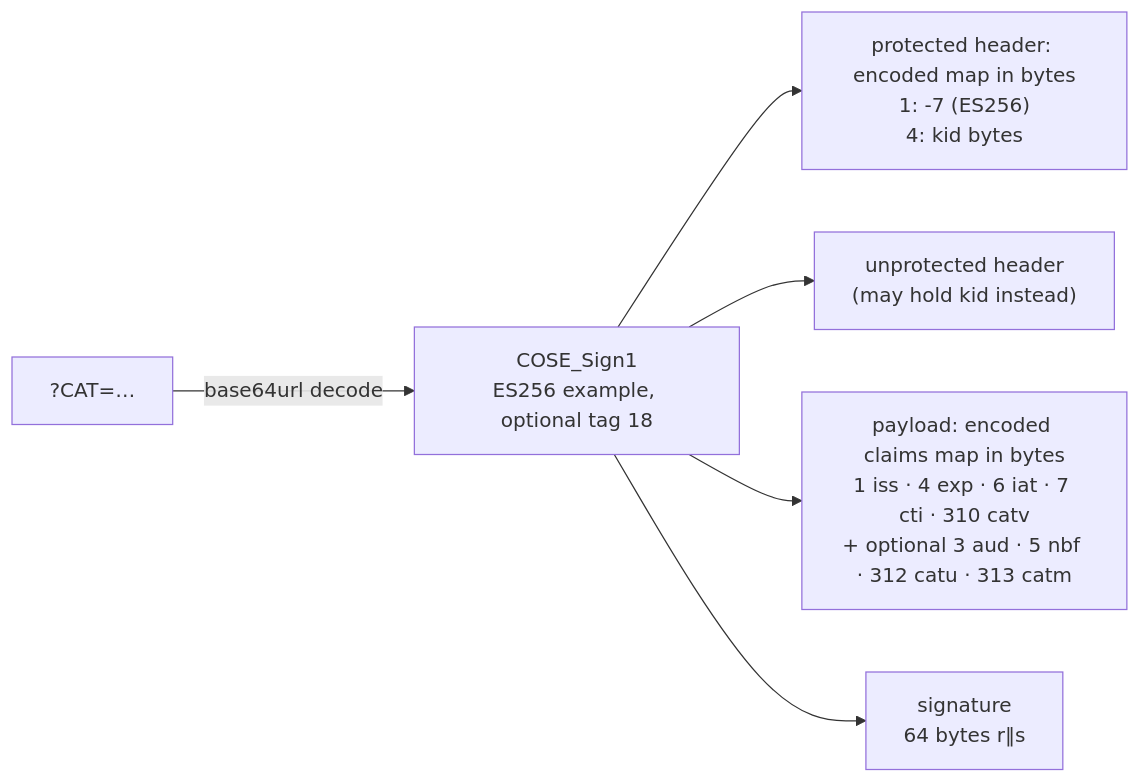
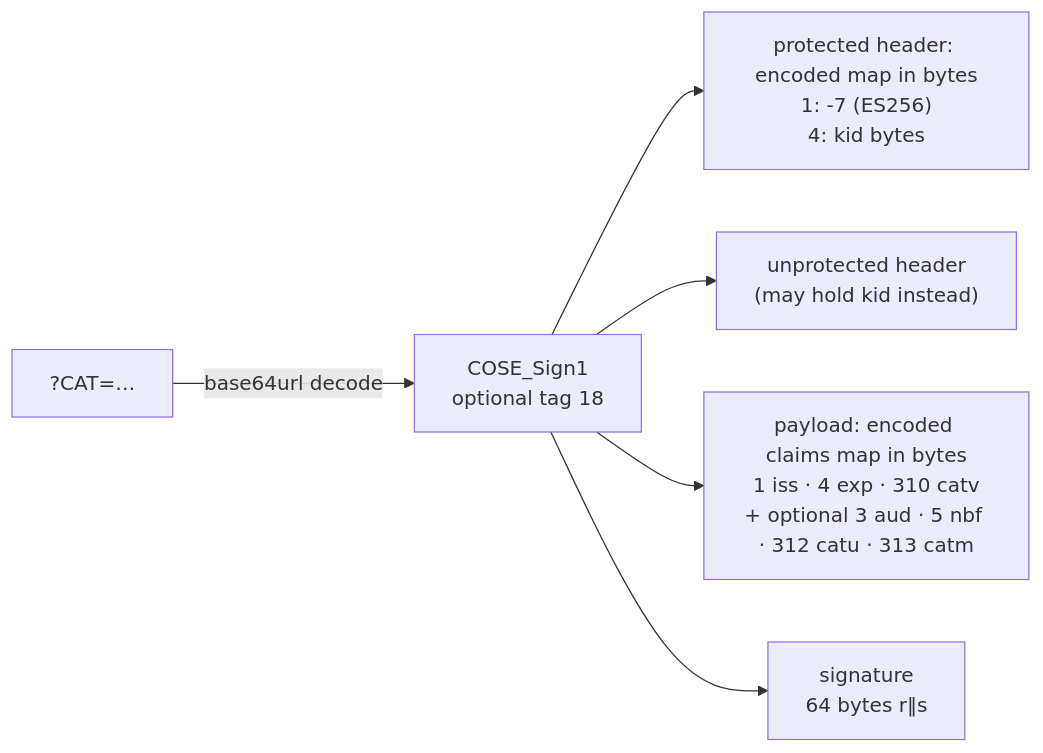
Before and after one commit to tomrossi7/podcast-app-attribution: the second of 2 diagrams in SPEC.md, drawn with Mermaid. The commit also changed other lines of this file and 16 other files, not shown here.

````diff
--- a/SPEC.md
+++ b/SPEC.md
@@ -67,8 +67,8 @@
 ```mermaid
 flowchart LR
-    Q["?CAT=…"] -->|base64url decode| S["COSE_Sign1<br/>ES256 example, optional tag 18"]
+    Q["?CAT=…"] -->|base64url decode| S["COSE_Sign1<br/>optional tag 18"]
     S --> P["protected header: encoded map in bytes<br/>1: -7 (ES256)<br/>4: kid bytes"]
     S --> U["unprotected header<br/>(may hold kid instead)"]
-    S --> C["payload: encoded claims map in bytes<br/>1 iss · 4 exp · 6 iat · 7 cti · 310 catv<br/>+ optional 3 aud · 5 nbf · 312 catu · 313 catm"]
+    S --> C["payload: encoded claims map in bytes<br/>1 iss · 4 exp · 310 catv<br/>+ optional 3 aud · 5 nbf · 312 catu · 313 catm"]
     S --> G["signature<br/>64 bytes r‖s"]
 ```
````
